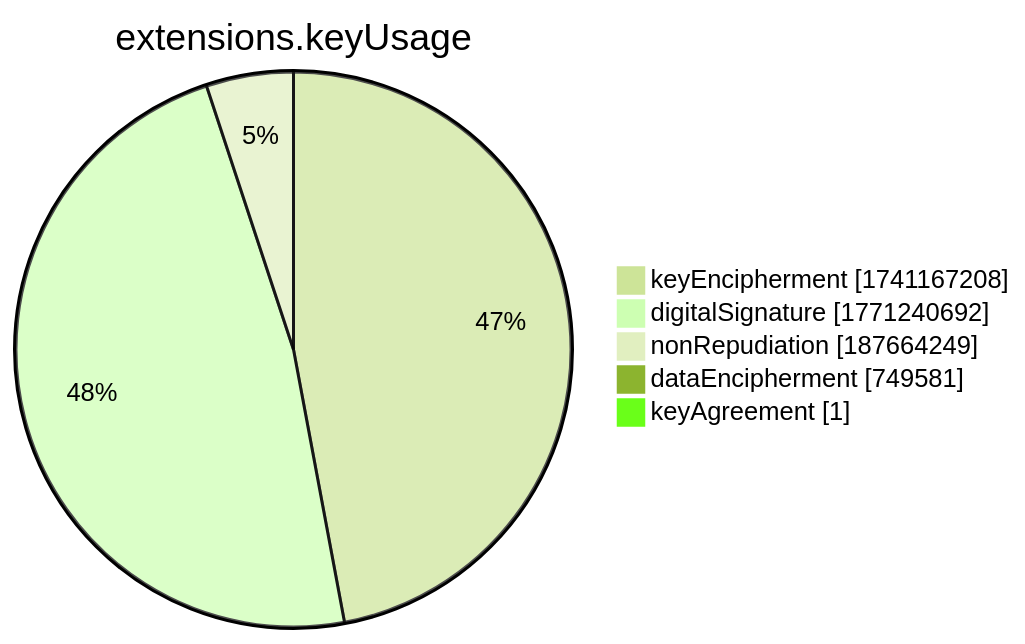
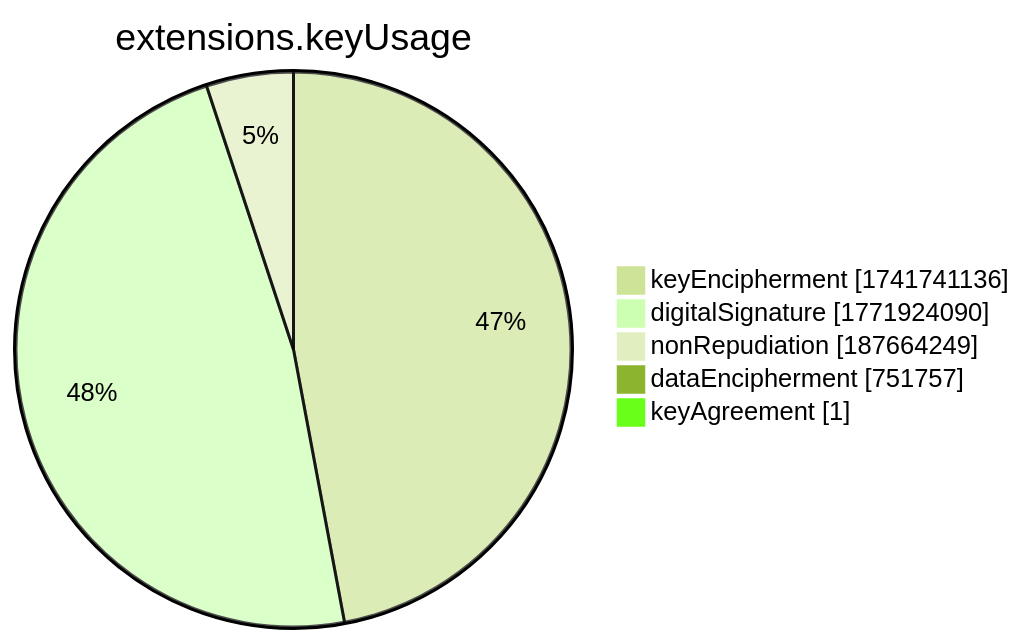
The seventh of 15 diagrams in xenon2022/README.md (christiankrug/ctmonitor_visualization), drawn with Mermaid (forest theme) before and after one commit. The commit also changed other lines of this file, not shown here.

````diff
--- a/xenon2022/README.md
+++ b/xenon2022/README.md
@@ -2859,9 +2859,9 @@
 ```mermaid
 pie showData
 title extensions.keyUsage
-"keyEncipherment" :1741167208
-"digitalSignature" :1771240692
+"keyEncipherment" :1741741136
+"digitalSignature" :1771924090
 "nonRepudiation" :187664249
-"dataEncipherment" :749581
+"dataEncipherment" :751757
 "keyAgreement" :1
 ```
````
